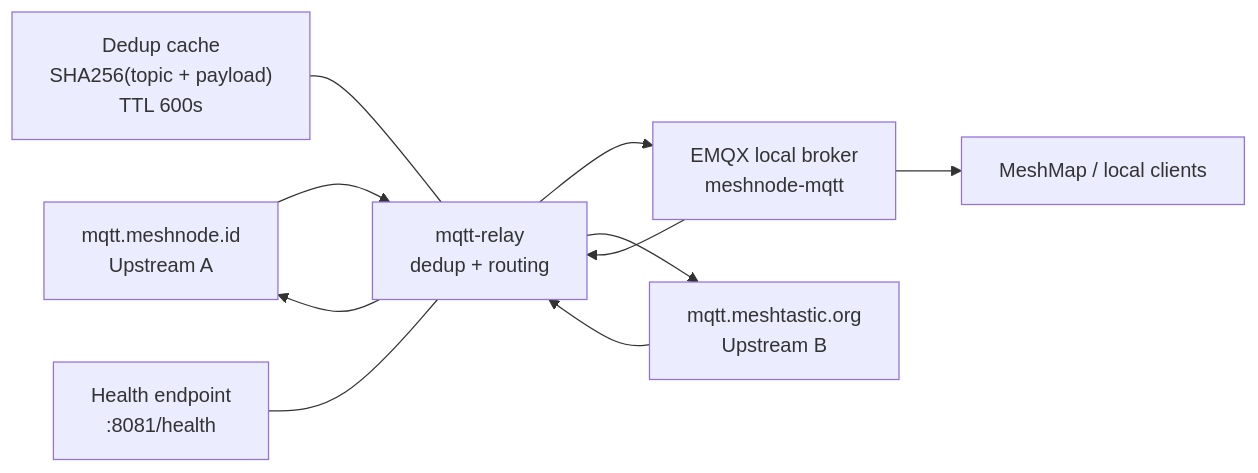
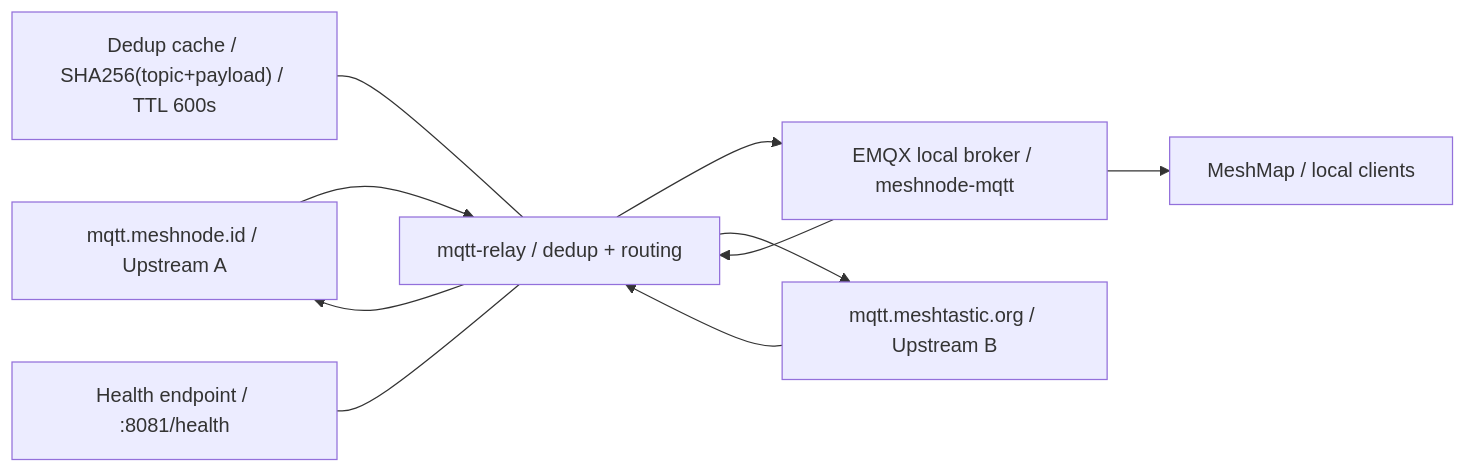
The diagram in README.md (TuruGasik/MeshNode), drawn with Mermaid before and after one commit. The commit also changed other lines of this file and 1 other file, not shown here.

Commit message:
fix: update README and migration plan for clarity and accuracy in user setup and testing status

````diff
--- a/README.md
+++ b/README.md
@@ -151,13 +149,13 @@
 ```mermaid
 flowchart LR
-	A["mqtt.meshnode.id<br/>Upstream A"] --> R["mqtt-relay<br/>dedup + routing"]
-	B["mqtt.meshtastic.org<br/>Upstream B"] --> R
-	R --> L["EMQX local broker<br/>meshnode-mqtt"]
-	L --> R
-	R --> A
-	R --> B
-	L --> M["MeshMap / local clients"]
+    A["mqtt.meshnode.id / Upstream A"] --> R["mqtt-relay / dedup + routing"]
+    B["mqtt.meshtastic.org / Upstream B"] --> R
+    R --> L["EMQX local broker / meshnode-mqtt"]
+    L --> R
+    R --> A
+    R --> B
+    L --> M["MeshMap / local clients"]
 
-	D["Dedup cache<br/>SHA256(topic + payload)<br/>TTL 600s"] --- R
-	H["Health endpoint<br/>:8081/health"] --- R
+    D["Dedup cache / SHA256(topic+payload) / TTL 600s"] --- R
+    H["Health endpoint / :8081/health"] --- R
 ```
````
